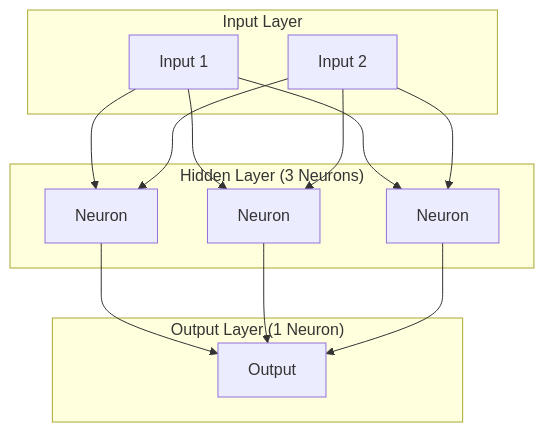
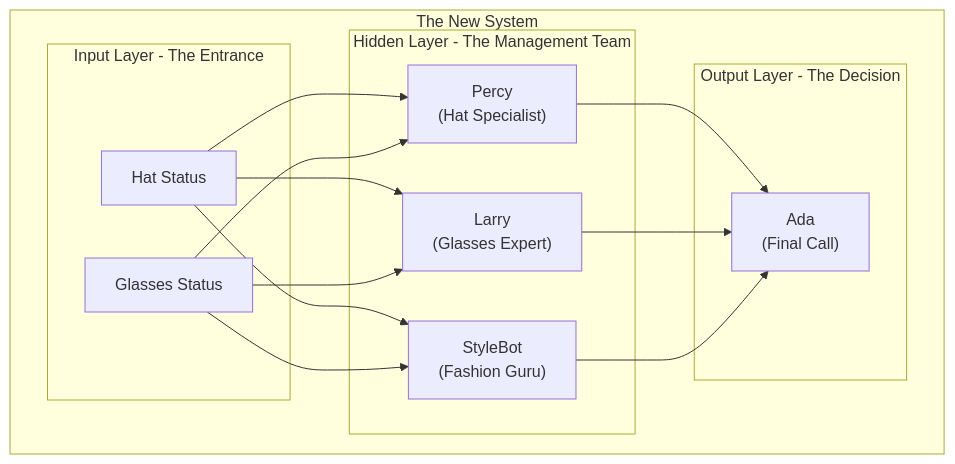
The second of 3 diagrams in README.md (leonvanbokhorst/neural-net-backpropagation), drawn with Mermaid before and after one commit. The commit also changed other lines of this file and 1 other file, not shown here.

Commit message:
Epic Rewrite of neural_network.py: Transformed Percy's journey into a whimsical saga, complete with chapters, playful descriptions, and a team of bouncers tackling the XOR challenge!

````diff
--- a/README.md
+++ b/README.md
@@ -72,21 +70,23 @@
 ```mermaid
 graph TD
-    subgraph "Input Layer"
-        I1["Input 1"]
-        I2["Input 2"]
+    subgraph "The New System"
+        subgraph "Input Layer - The Entrance"
+            I1["Hat Status"]
+            I2["Glasses Status"]
+        end
+
+        subgraph "Hidden Layer - The Management Team"
+            H1["Percy<br/>(Hat Specialist)"]
+            H2["Larry<br/>(Glasses Expert)"]
+            H3["StyleBot<br/>(Fashion Guru)"]
+        end
+
+        subgraph "Output Layer - The Decision"
+            O1["Ada<br/>(Final Call)"]
+        end
+
+        I1 --> H1; I1 --> H2; I1 --> H3
+        I2 --> H1; I2 --> H2; I2 --> H3
+        H1 --> O1; H2 --> O1; H3 --> O1
     end
-
-    subgraph "Hidden Layer (3 Neurons)"
-        H1["Neuron"]
-        H2["Neuron"]
-        H3["Neuron"]
-    end
-
-    subgraph "Output Layer (1 Neuron)"
-        O1["Output"]
-    end
-
-    I1 --> H1; I1 --> H2; I1 --> H3
-    I2 --> H1; I2 --> H2; I2 --> H3
-    H1 --> O1; H2 --> O1; H3 --> O1
 ```
````
